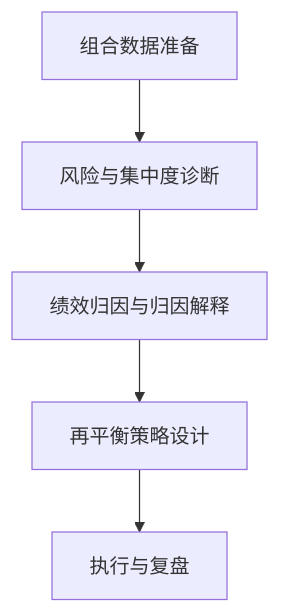
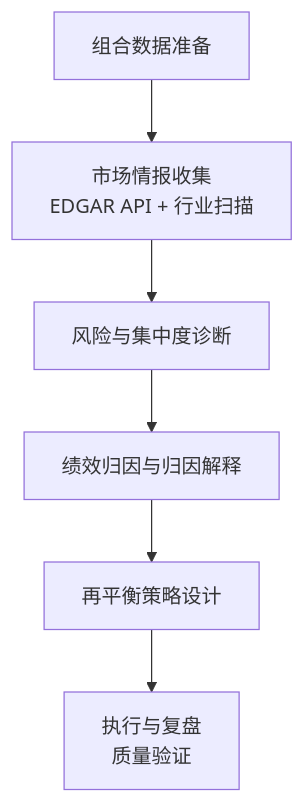
The ninth of 10 diagrams in .qoder/repowiki/zh/content/AI技能系统/核心投资研究技能/投资组合审查技能.md (Ted-Engineer/ai-berkshire), drawn with Mermaid before and after one commit. The commit also changed other lines of this file and 76 other files, not shown here.

````diff
--- a/.qoder/repowiki/zh/content/AI技能系统/核心投资研究技能/投资组合审查技能.md
+++ b/.qoder/repowiki/zh/content/AI技能系统/核心投资研究技能/投资组合审查技能.md
@@ -284,7 +346,8 @@
 ```mermaid
 flowchart TD
-A["组合数据准备"] --> B["风险与集中度诊断"]
-B --> C["绩效归因与归因解释"]
-C --> D["再平衡策略设计"]
-D --> E["执行与复盘"]
+A["组合数据准备"] --> B["市场情报收集<br/>EDGAR API + 行业扫描"]
+B --> C["风险与集中度诊断"]
+C --> D["绩效归因与归因解释"]
+D --> E["再平衡策略设计"]
+E --> F["执行与复盘<br/>质量验证"]
 ```
````
